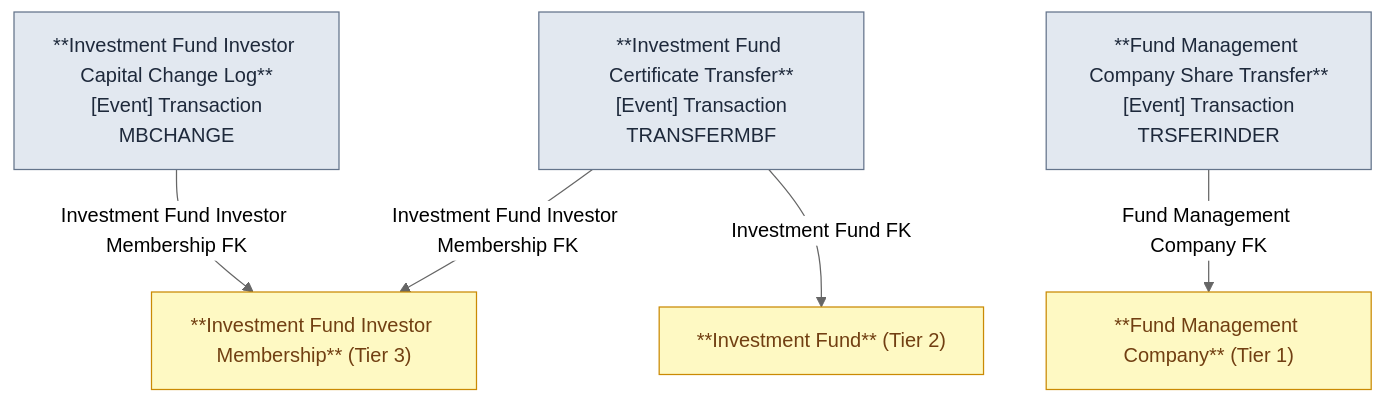
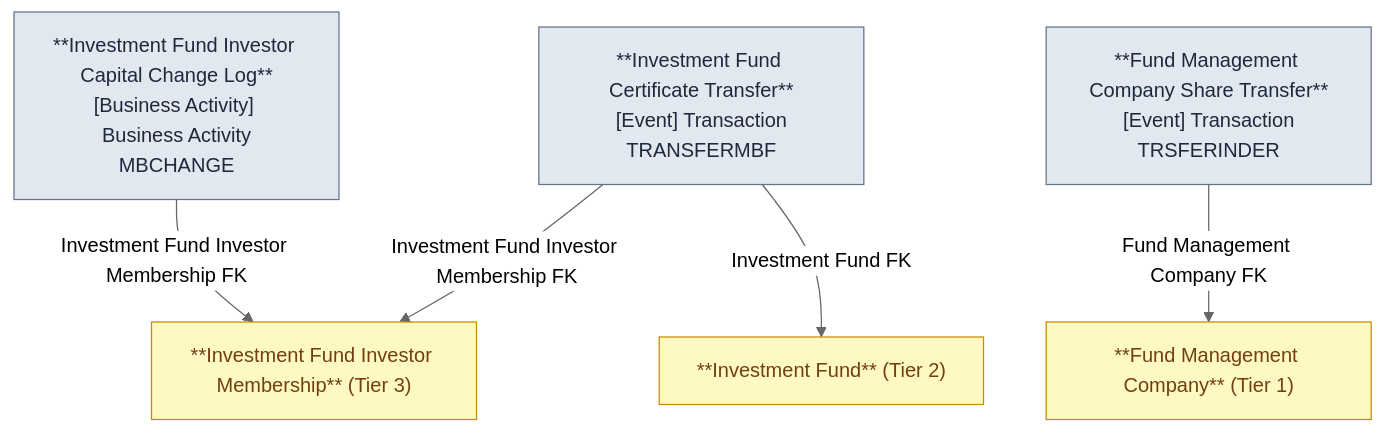
Before and after one commit to linhlvit/ubck_atomic_design: the second of 2 diagrams in DataModel/working/Atomic/hld/FMS_HLD_Tier4.md, drawn with Mermaid (neutral theme). The commit also changed other lines of this file and 472 other files, not shown here.

````diff
--- a/DataModel/working/Atomic/hld/FMS_HLD_Tier4.md
+++ b/DataModel/working/Atomic/hld/FMS_HLD_Tier4.md
@@ -46,18 +46,18 @@
 ```mermaid
 graph TD
     classDef pattern fill:#e2e8f0,stroke:#64748b,color:#1e293b
     classDef outscope fill:#fef9c3,stroke:#ca8a04,color:#713f12
 
-    IFCCL["**Investment Fund Investor Capital Change Log**\n[Event] Transaction\nMBCHANGE"]:::pattern
+    IFCCL["**Investment Fund Investor Capital Change Log**\n[Business Activity] Business Activity\nMBCHANGE"]:::pattern
     IFCT["**Investment Fund Certificate Transfer**\n[Event] Transaction\nTRANSFERMBF"]:::pattern
     FMCST["**Fund Management Company Share Transfer**\n[Event] Transaction\nTRSFERINDER"]:::pattern
 
     IFIM["**Investment Fund Investor Membership** (Tier 3)"]:::outscope
     IF["**Investment Fund** (Tier 2)"]:::outscope
     FMC["**Fund Management Company** (Tier 1)"]:::outscope
 
     IFCCL -->|"Investment Fund Investor Membership FK"| IFIM
     IFCT -->|"Investment Fund FK"| IF
     IFCT -->|"Investment Fund Investor Membership FK"| IFIM
     FMCST -->|"Fund Management Company FK"| FMC
 ```
````
